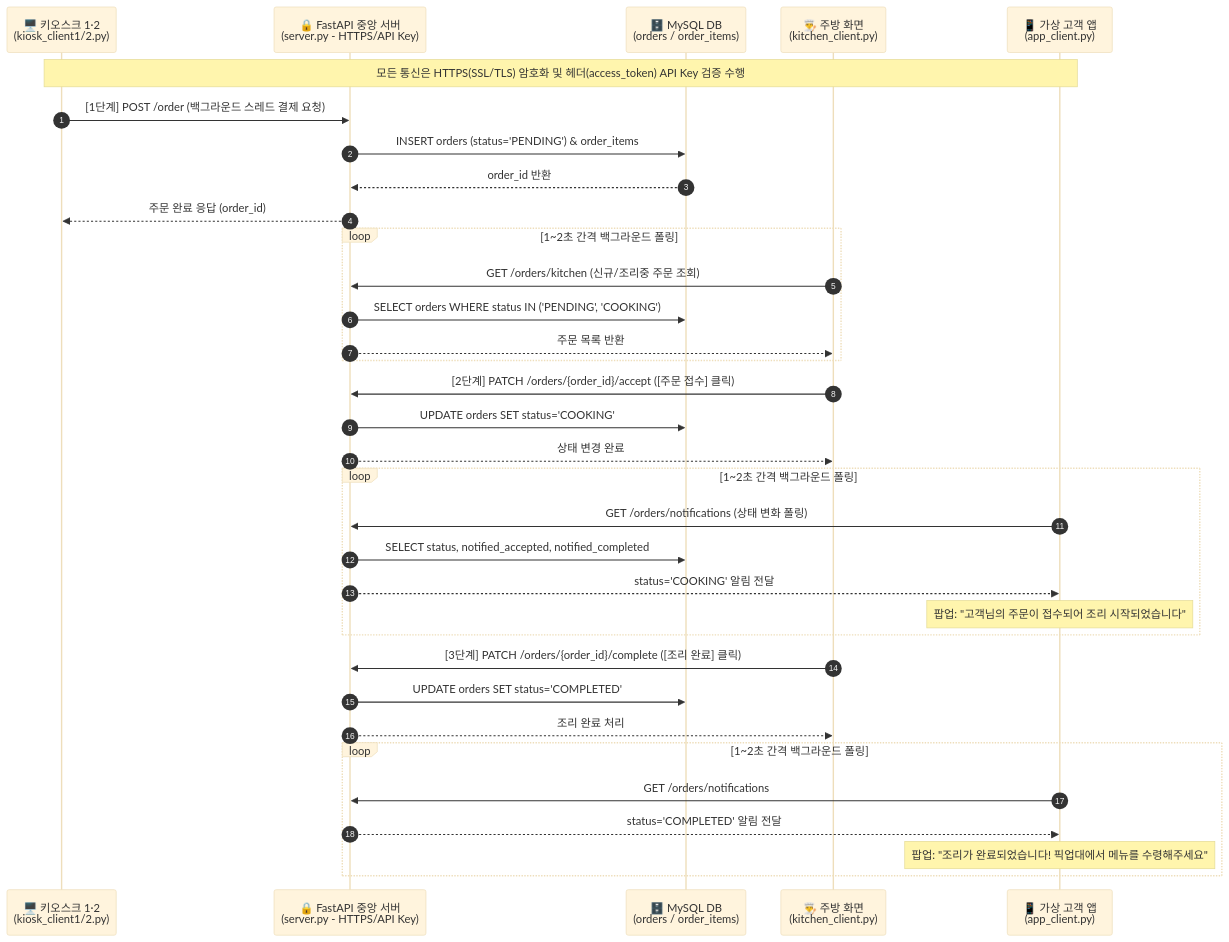
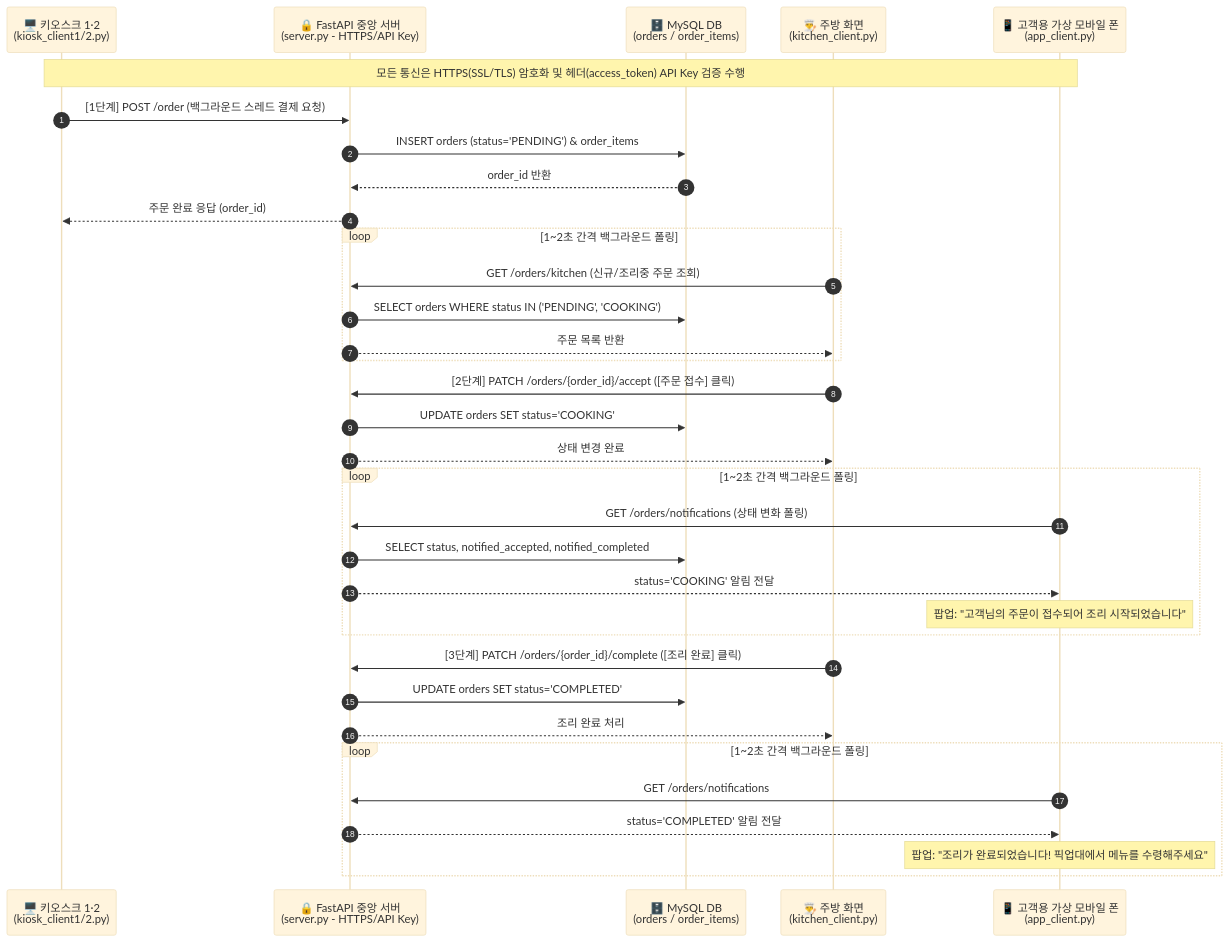
Before and after one commit to bodasoo/bds-kiosk: the first of 2 diagrams in PLAN.md, drawn with Mermaid (base theme). The commit also changed other lines of this file and 1 other file, not shown here.

Commit message:
docs: rename virtual customer app to customer virtual mobile phone in Readme.md and PLAN.md

````diff
--- a/PLAN.md
+++ b/PLAN.md
@@ -122,43 +122,43 @@
 ```mermaid
 sequenceDiagram
     autonumber
     participant K as 🖥️ 키오스크 1·2<br/>(kiosk_client1/2.py)
     participant S as 🔒 FastAPI 중앙 서버<br/>(server.py - HTTPS/API Key)
     participant DB as 🗄️ MySQL DB<br/>(orders / order_items)
     participant KT as 👨‍🍳 주방 화면<br/>(kitchen_client.py)
-    participant APP as 📱 가상 고객 앱<br/>(app_client.py)
+    participant APP as 📱 고객용 가상 모바일 폰<br/>(app_client.py)
 
     Note over K,APP: 모든 통신은 HTTPS(SSL/TLS) 암호화 및 헤더(access_token) API Key 검증 수행
 
     K->>S: [1단계] POST /order (백그라운드 스레드 결제 요청)
     S->>DB: INSERT orders (status='PENDING') & order_items
     DB-->>S: order_id 반환
     S-->>K: 주문 완료 응답 (order_id)
 
     loop 1~2초 간격 백그라운드 폴링
         KT->>S: GET /orders/kitchen (신규/조리중 주문 조회)
         S->>DB: SELECT orders WHERE status IN ('PENDING', 'COOKING')
         S-->>KT: 주문 목록 반환
     end
 
     KT->>S: [2단계] PATCH /orders/{order_id}/accept ([주문 접수] 클릭)
     S->>DB: UPDATE orders SET status='COOKING'
     S-->>KT: 상태 변경 완료
 
     loop 1~2초 간격 백그라운드 폴링
         APP->>S: GET /orders/notifications (상태 변화 폴링)
         S->>DB: SELECT status, notified_accepted, notified_completed
         S-->>APP: status='COOKING' 알림 전달
         Note over APP: 팝업: "고객님의 주문이 접수되어 조리 시작되었습니다"
     end
 
     KT->>S: [3단계] PATCH /orders/{order_id}/complete ([조리 완료] 클릭)
     S->>DB: UPDATE orders SET status='COMPLETED'
     S-->>KT: 조리 완료 처리
 
     loop 1~2초 간격 백그라운드 폴링
         APP->>S: GET /orders/notifications
         S-->>APP: status='COMPLETED' 알림 전달
         Note over APP: 팝업: "조리가 완료되었습니다! 픽업대에서 메뉴를 수령해주세요"
     end
 ```
````
